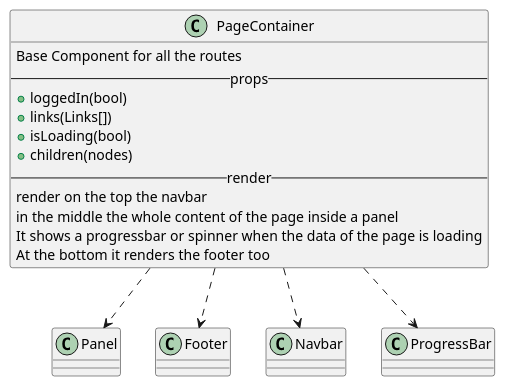
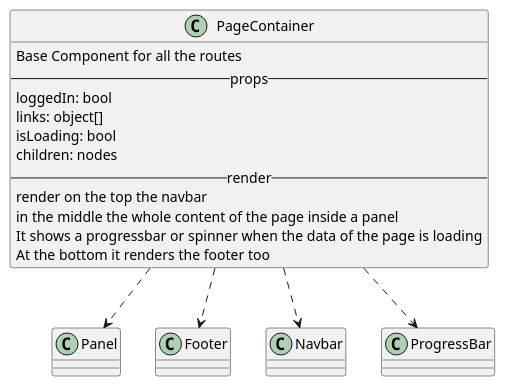
One commit to M9k/Marvin-Uml changed the diagram in react/custom/pageContainer.iuml. Above: the diagram before and after it, drawn with PlantUML. The commit also changed 15 other files, not shown here.

```diff
--- a/react/custom/pageContainer.iuml
+++ b/react/custom/pageContainer.iuml
@@ -1,18 +1,18 @@
 class PageContainer{
     Base Component for all the routes
     --props--
-        + loggedIn(bool)
-        + links(Links[])
-        + isLoading(bool)
-        + children(nodes)
+        loggedIn: bool
+        links: object[]
+        isLoading: bool
+        children: nodes
     --render--
         render on the top the navbar
         in the middle the whole content of the page inside a panel
          It shows a progressbar or spinner when the data of the page is loading
          At the bottom it renders the footer too
 }
 
 PageContainer ..> Panel
 PageContainer ..> Footer
 PageContainer ..> Navbar
 PageContainer ..> ProgressBar
```
